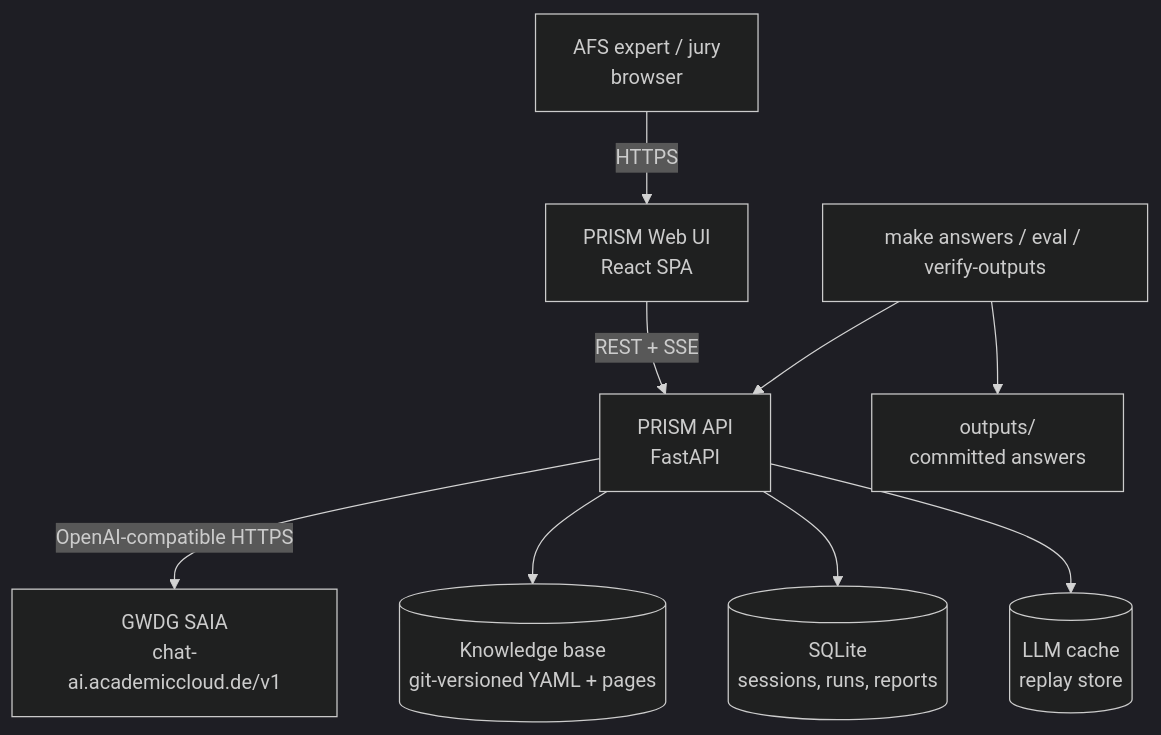
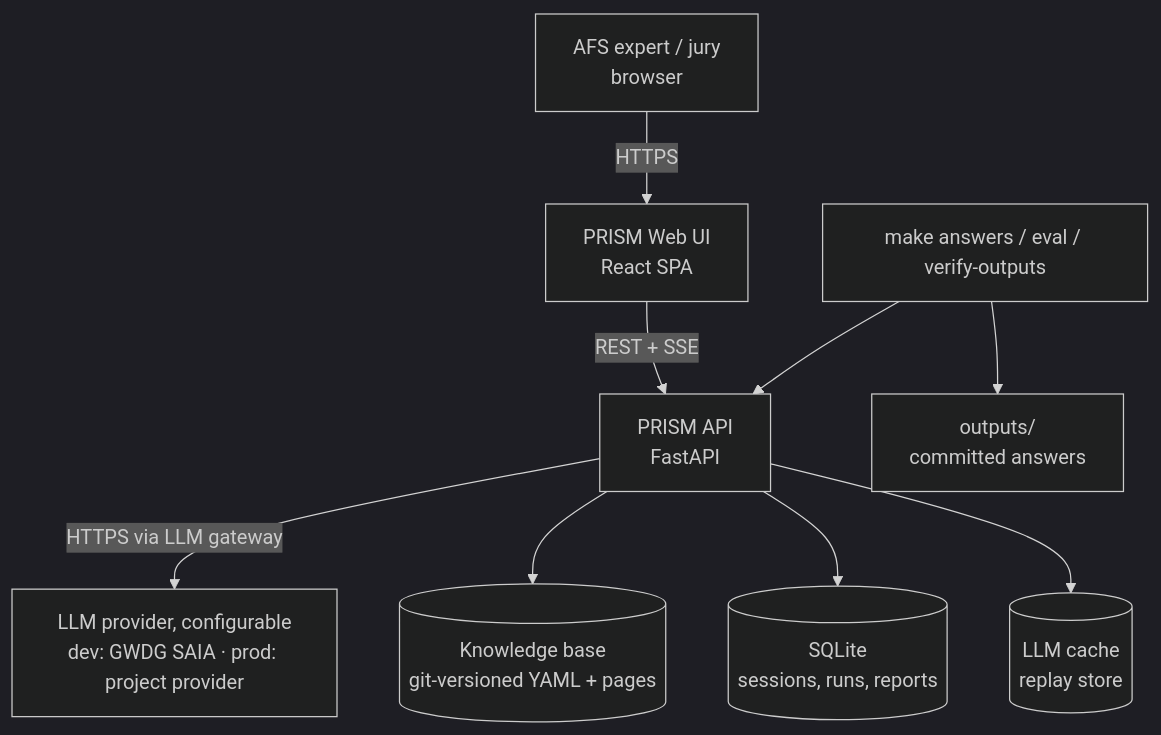
One commit to m-mahmoud-mohamed/AI-Assistant-for-In-line-Spectroscopy changed the second of 3 diagrams in docs/ARCHITECTURE.md. Above: the diagram before and after it, drawn with Mermaid (dark theme). The commit also changed other lines of this file and 2 other files, not shown here.

First line of the commit message:
docs: make LLM layer provider-agnostic and select best GWDG models

````diff
--- a/docs/ARCHITECTURE.md
+++ b/docs/ARCHITECTURE.md
@@ -73,11 +73,11 @@
 ```mermaid
 flowchart TB
   U[AFS expert / jury<br/>browser] -->|HTTPS| W[PRISM Web UI<br/>React SPA]
   W -->|REST + SSE| A[PRISM API<br/>FastAPI]
-  A -->|OpenAI-compatible HTTPS| G[GWDG SAIA<br/>chat-ai.academiccloud.de/v1]
+  A -->|HTTPS via LLM gateway| G[LLM provider, configurable<br/>dev: GWDG SAIA · prod: project provider]
   A --> K[(Knowledge base<br/>git-versioned YAML + pages)]
   A --> D[(SQLite<br/>sessions, runs, reports)]
   A --> C[(LLM cache<br/>replay store)]
   CLI[make answers / eval / verify-outputs] --> A
   CLI --> O[outputs/<br/>committed answers]
 ```
````
